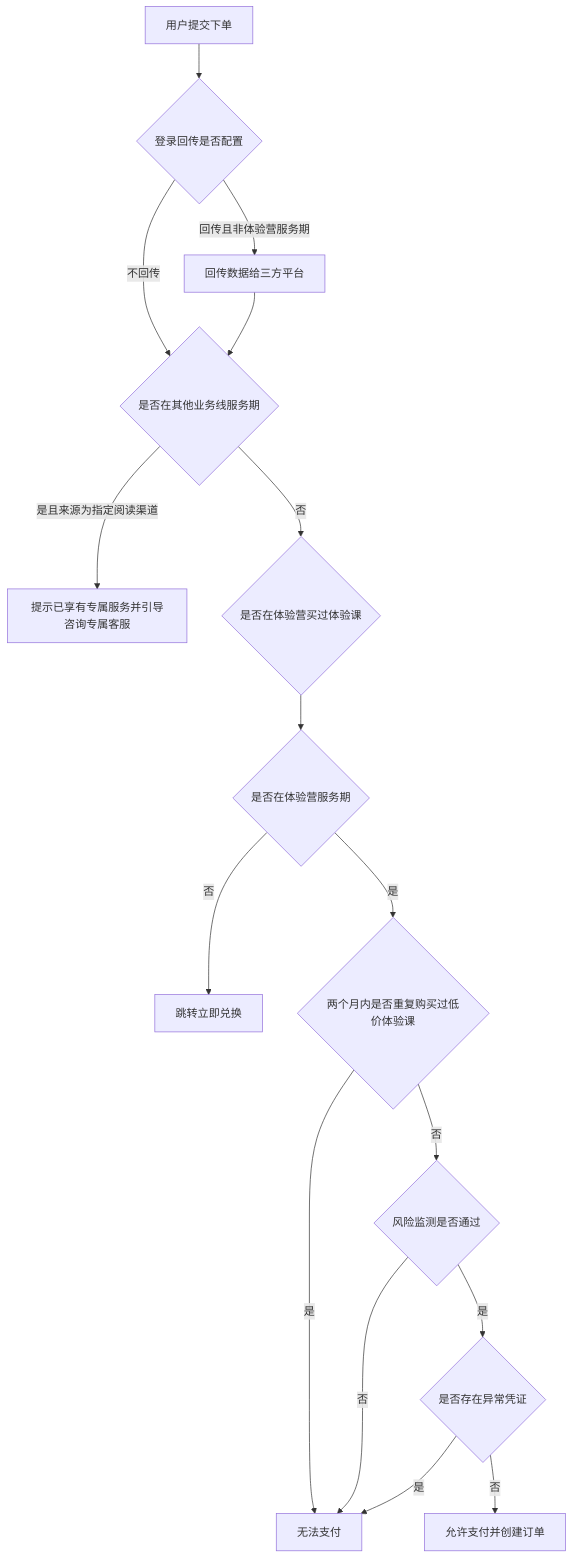
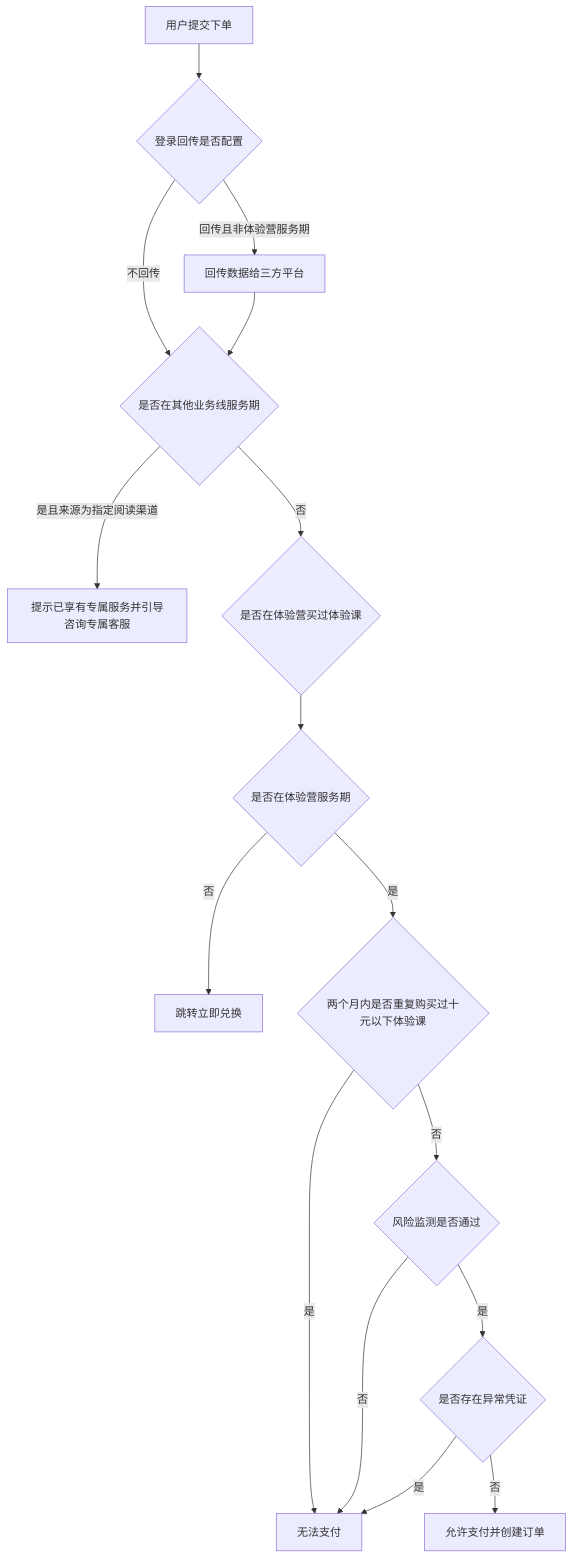
One commit to Yping-98/prototypes changed the eighth of 9 diagrams in tyy-weapp-order/PRD-体验营投放链路小程序承接.md. Above: the diagram before and after it, drawn with Mermaid. The commit also changed other lines of this file, not shown here.

````diff
--- a/tyy-weapp-order/PRD-体验营投放链路小程序承接.md
+++ b/tyy-weapp-order/PRD-体验营投放链路小程序承接.md
@@ -65,18 +275,18 @@
 ```mermaid
 flowchart TD
     A[用户提交下单] --> B{登录回传是否配置}
     B -->|回传且非体验营服务期| C[回传数据给三方平台]
     B -->|不回传| D{是否在其他业务线服务期}
     C --> D
     D -->|是且来源为指定阅读渠道| E[提示已享有专属服务并引导咨询专属客服]
     D -->|否| F{是否在体验营买过体验课}
     F --> G{是否在体验营服务期}
     G -->|否| H[跳转立即兑换]
-    G -->|是| I{两个月内是否重复购买过低价体验课}
+    G -->|是| I{两个月内是否重复购买过十元以下体验课}
     I -->|是| L[无法支付]
     I -->|否| J{风险监测是否通过}
     J -->|否| L
     J -->|是| K{是否存在异常凭证}
     K -->|是| L
     K -->|否| M[允许支付并创建订单]
 ```
````
